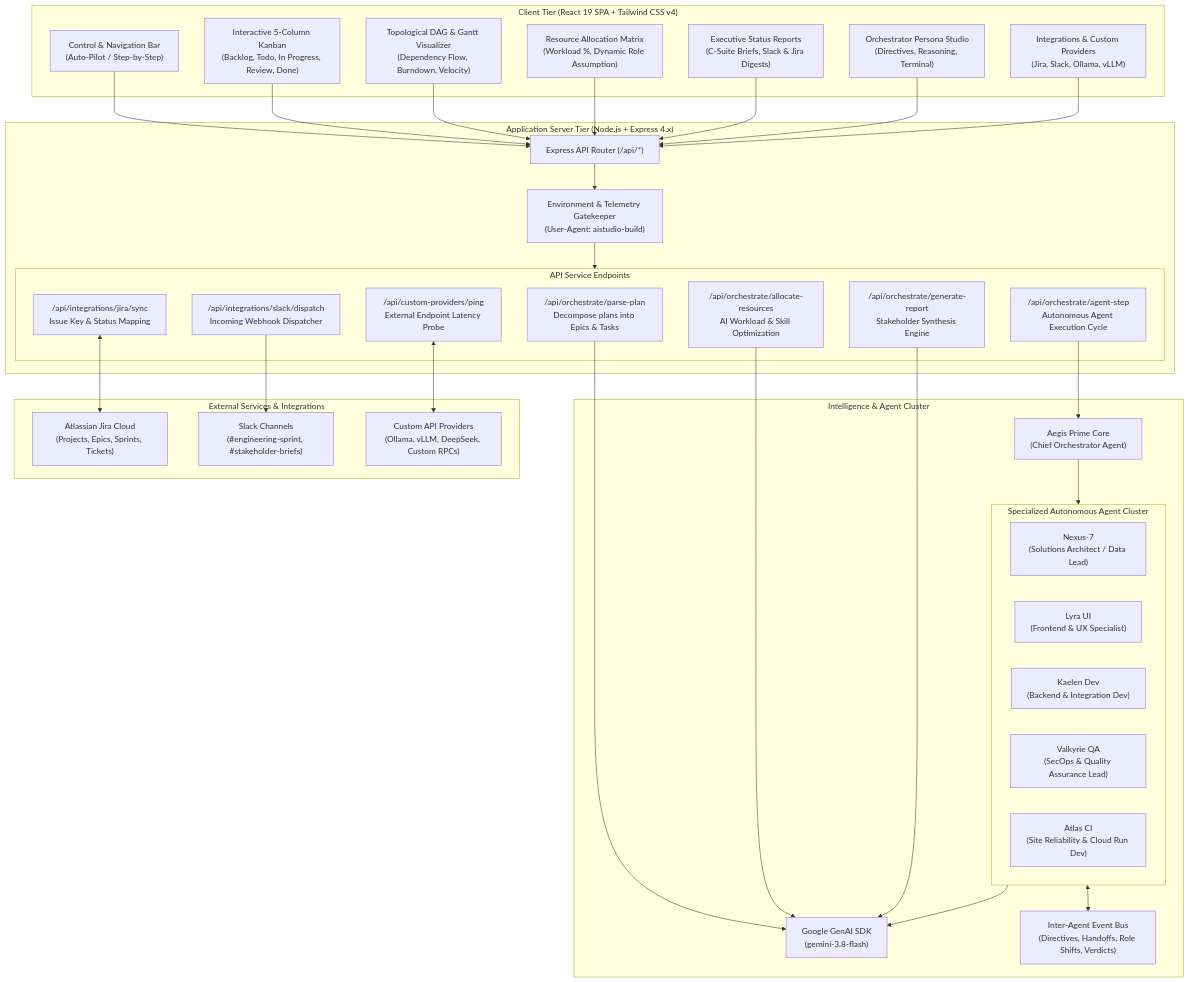
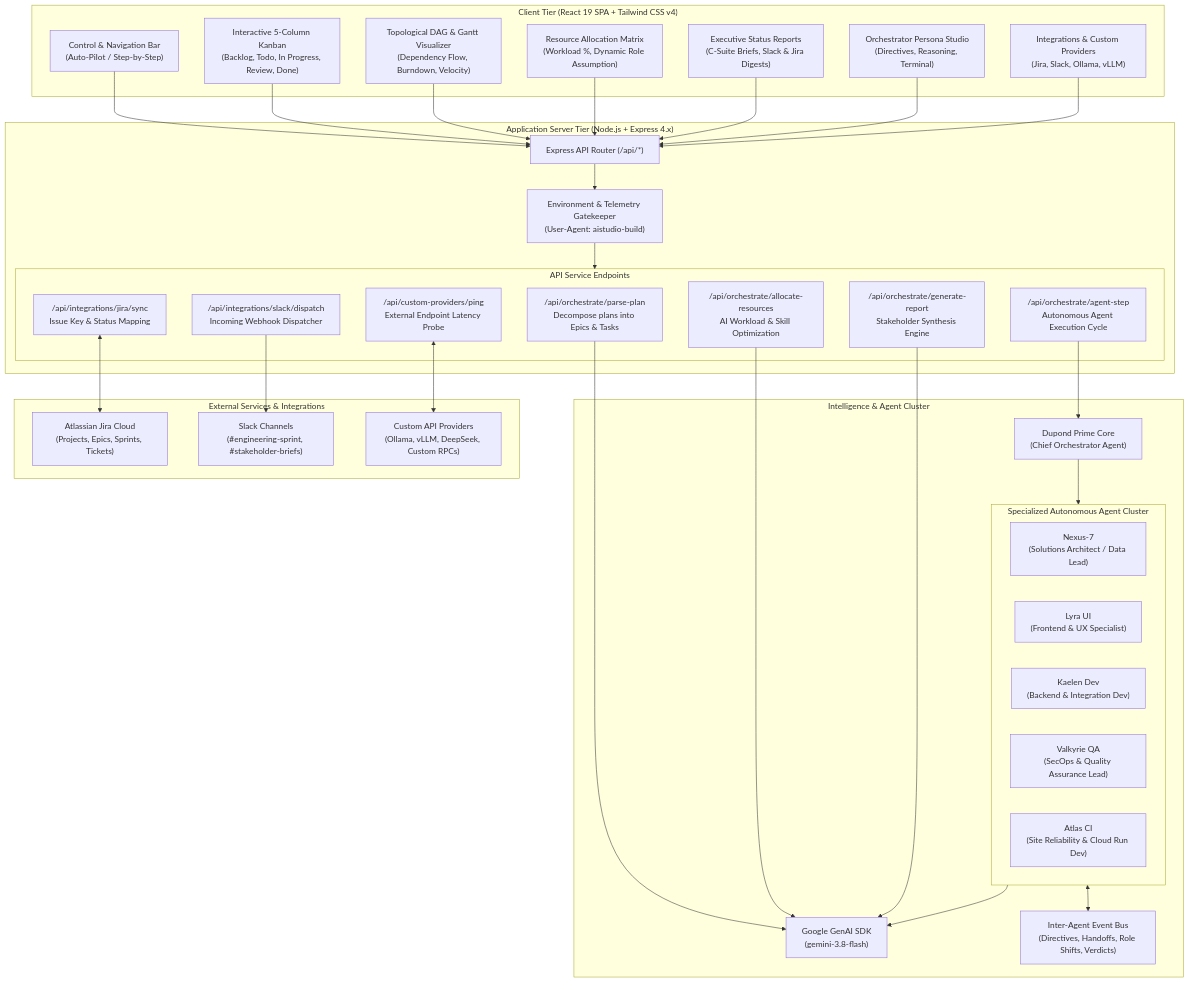
Before and after one commit to marcelodevops/dupond: the diagram in README.md, drawn with Mermaid. The commit also changed other lines of this file and 24 other files, not shown here.

Commit message:
chore(branding): rename Aegis to Dupond across application and documentation

````diff
--- a/README.md
+++ b/README.md
@@ -28,73 +28,73 @@
 ```mermaid
 flowchart TB
     subgraph UserInterface["Client Tier (React 19 SPA + Tailwind CSS v4)"]
         UI_Nav["Control & Navigation Bar<br/>(Auto-Pilot / Step-by-Step)"]
         UI_Kanban["Interactive 5-Column Kanban<br/>(Backlog, Todo, In Progress, Review, Done)"]
         UI_DAG["Topological DAG & Gantt Visualizer<br/>(Dependency Flow, Burndown, Velocity)"]
         UI_Matrix["Resource Allocation Matrix<br/>(Workload %, Dynamic Role Assumption)"]
         UI_Reports["Executive Status Reports<br/>(C-Suite Briefs, Slack & Jira Digests)"]
         UI_Studio["Orchestrator Persona Studio<br/>(Directives, Reasoning, Terminal)"]
         UI_Integrations["Integrations & Custom Providers<br/>(Jira, Slack, Ollama, vLLM)"]
     end
 
     subgraph ServerBackend["Application Server Tier (Node.js + Express 4.x)"]
         SRV_Router["Express API Router (/api/*)"]
         SRV_Auth["Environment & Telemetry Gatekeeper<br/>(User-Agent: aistudio-build)"]
         
         subgraph Endpoints["API Service Endpoints"]
             EP_Plan["/api/orchestrate/parse-plan<br/>Decompose plans into Epics & Tasks"]
             EP_Alloc["/api/orchestrate/allocate-resources<br/>AI Workload & Skill Optimization"]
             EP_Step["/api/orchestrate/agent-step<br/>Autonomous Agent Execution Cycle"]
             EP_Report["/api/orchestrate/generate-report<br/>Stakeholder Synthesis Engine"]
             EP_Jira["/api/integrations/jira/sync<br/>Issue Key & Status Mapping"]
             EP_Slack["/api/integrations/slack/dispatch<br/>Incoming Webhook Dispatcher"]
             EP_Custom["/api/custom-providers/ping<br/>External Endpoint Latency Probe"]
         end
     end
 
     subgraph BrainTier["Intelligence & Agent Cluster"]
         GeminiCore["Google GenAI SDK<br/>(gemini-3.8-flash)"]
-        OrchestratorAgent["Aegis Prime Core<br/>(Chief Orchestrator Agent)"]
+        OrchestratorAgent["Dupond Prime Core<br/>(Chief Orchestrator Agent)"]
         
         subgraph SpecialistNodes["Specialized Autonomous Agent Cluster"]
             Agent_Arch["Nexus-7<br/>(Solutions Architect / Data Lead)"]
             Agent_FE["Lyra UI<br/>(Frontend & UX Specialist)"]
             Agent_BE["Kaelen Dev<br/>(Backend & Integration Dev)"]
             Agent_QA["Valkyrie QA<br/>(SecOps & Quality Assurance Lead)"]
             Agent_DevOps["Atlas CI<br/>(Site Reliability & Cloud Run Dev)"]
         end
         
         MessageBus["Inter-Agent Event Bus<br/>(Directives, Handoffs, Role Shifts, Verdicts)"]
     end
 
     subgraph ExternalEcosystem["External Services & Integrations"]
         JiraCloud["Atlassian Jira Cloud<br/>(Projects, Epics, Sprints, Tickets)"]
         SlackWorkspaces["Slack Channels<br/>(#engineering-sprint, #stakeholder-briefs)"]
         CustomLLMs["Custom API Providers<br/>(Ollama, vLLM, DeepSeek, Custom RPCs)"]
     end
 
     %% Flow connections
     UI_Nav --> SRV_Router
     UI_Kanban --> SRV_Router
     UI_DAG --> SRV_Router
     UI_Matrix --> SRV_Router
     UI_Reports --> SRV_Router
     UI_Studio --> SRV_Router
     UI_Integrations --> SRV_Router
 
     SRV_Router --> SRV_Auth
     SRV_Auth --> Endpoints
 
     EP_Plan --> GeminiCore
     EP_Alloc --> GeminiCore
     EP_Step --> OrchestratorAgent
     EP_Report --> GeminiCore
 
     OrchestratorAgent --> SpecialistNodes
     SpecialistNodes <--> MessageBus
     SpecialistNodes --> GeminiCore
 
     EP_Jira <--> JiraCloud
     EP_Slack --> SlackWorkspaces
     EP_Custom <--> CustomLLMs
 ```
````
